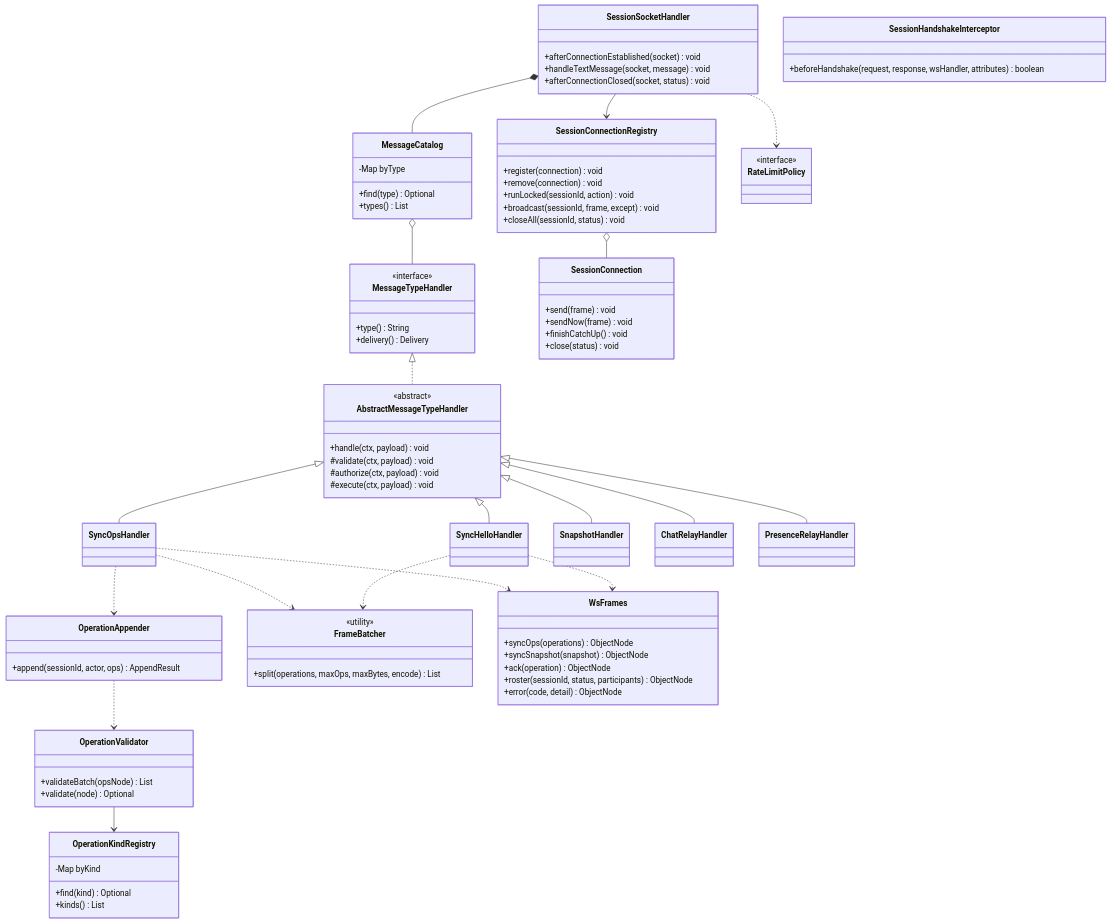
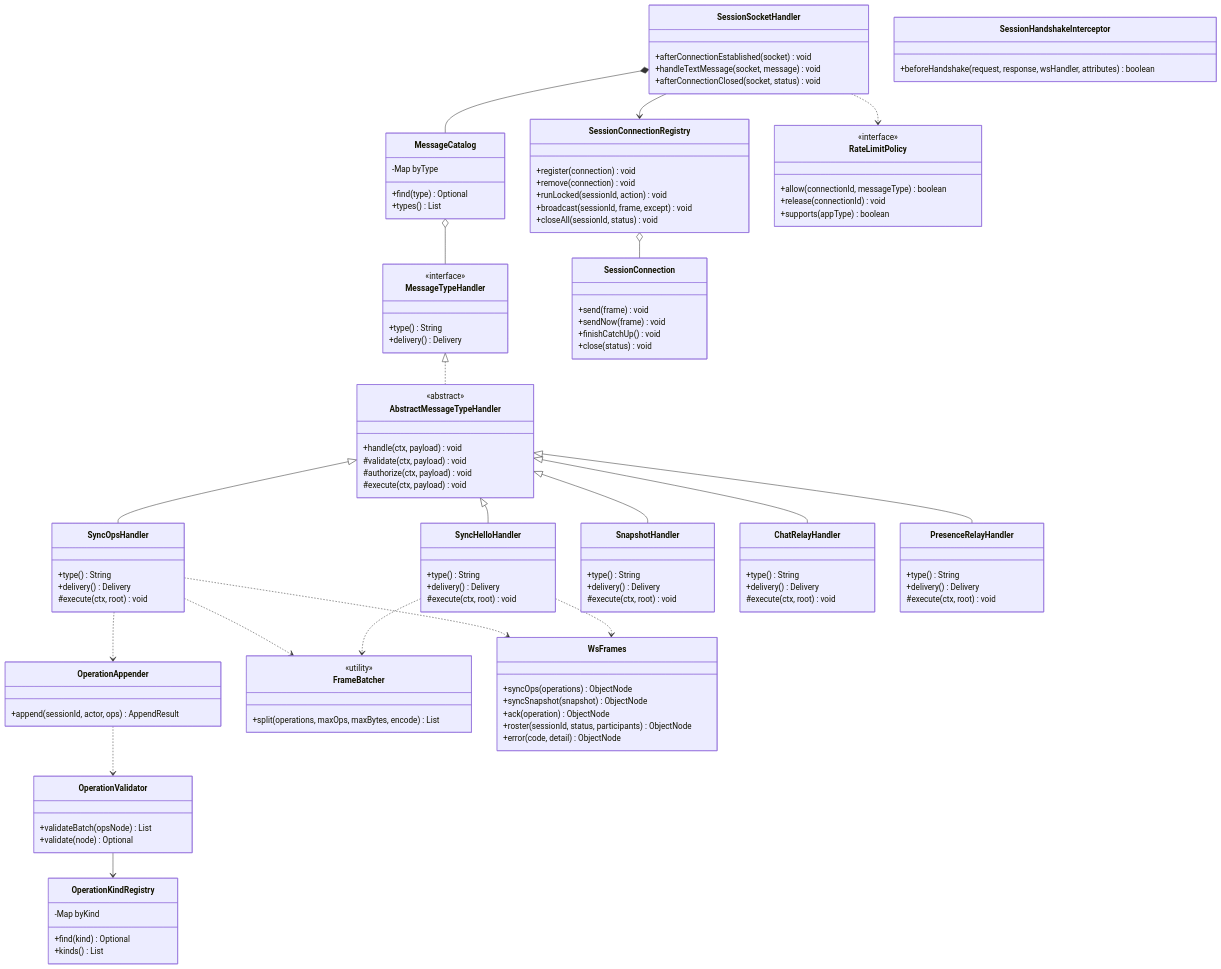
The ninth of 12 diagrams in docs/diagrams/README.md (ssugary/BlenderPDS), drawn with Mermaid before and after one commit. The commit also changed other lines of this file and 22 other files, not shown here.

First line of the commit message:
docs(diagrams): corrige classes vazias nos diagramas de classes

```diff
--- a/docs/diagrams/README.md
+++ b/docs/diagrams/README.md
@@ -628,11 +668,31 @@
         +type() String
         +delivery() Delivery
     }
-    class SyncHelloHandler
-    class SyncOpsHandler
-    class SnapshotHandler
-    class ChatRelayHandler
-    class PresenceRelayHandler
+    class SyncHelloHandler {
+    +type() String
+    +delivery() Delivery
+    #execute(ctx, root) void
+    }
+    class SyncOpsHandler {
+    +type() String
+    +delivery() Delivery
+    #execute(ctx, root) void
+    }
+    class SnapshotHandler {
+    +type() String
+    +delivery() Delivery
+    #execute(ctx, root) void
+    }
+    class ChatRelayHandler {
+    +type() String
+    +delivery() Delivery
+    #execute(ctx, root) void
+    }
+    class PresenceRelayHandler {
+    +type() String
+    +delivery() Delivery
+    #execute(ctx, root) void
+    }
     class OperationValidator {
         +validateBatch(opsNode) List
         +validate(node) Optional
@@ -694,6 +754,9 @@
 
     class RateLimitPolicy {
         <<interface>>
+        +allow(connectionId, messageType) boolean
+        +release(connectionId) void
+        +supports(appType) boolean
     }
     cssClass "SessionSocketHandler,MessageCatalog,SessionConnectionRegistry,SessionConnection,FrameBatcher,SessionHandshakeInterceptor,WsFrames,OperationAppender,OperationValidator,OperationKindRegistry" frozen
     cssClass "MessageTypeHandler,AbstractMessageTypeHandler,MessageCatalog" frozen
```
